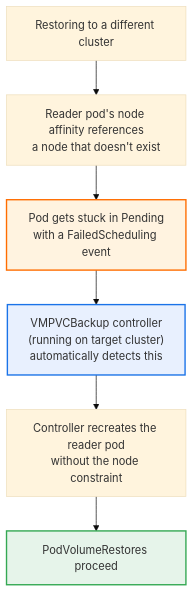
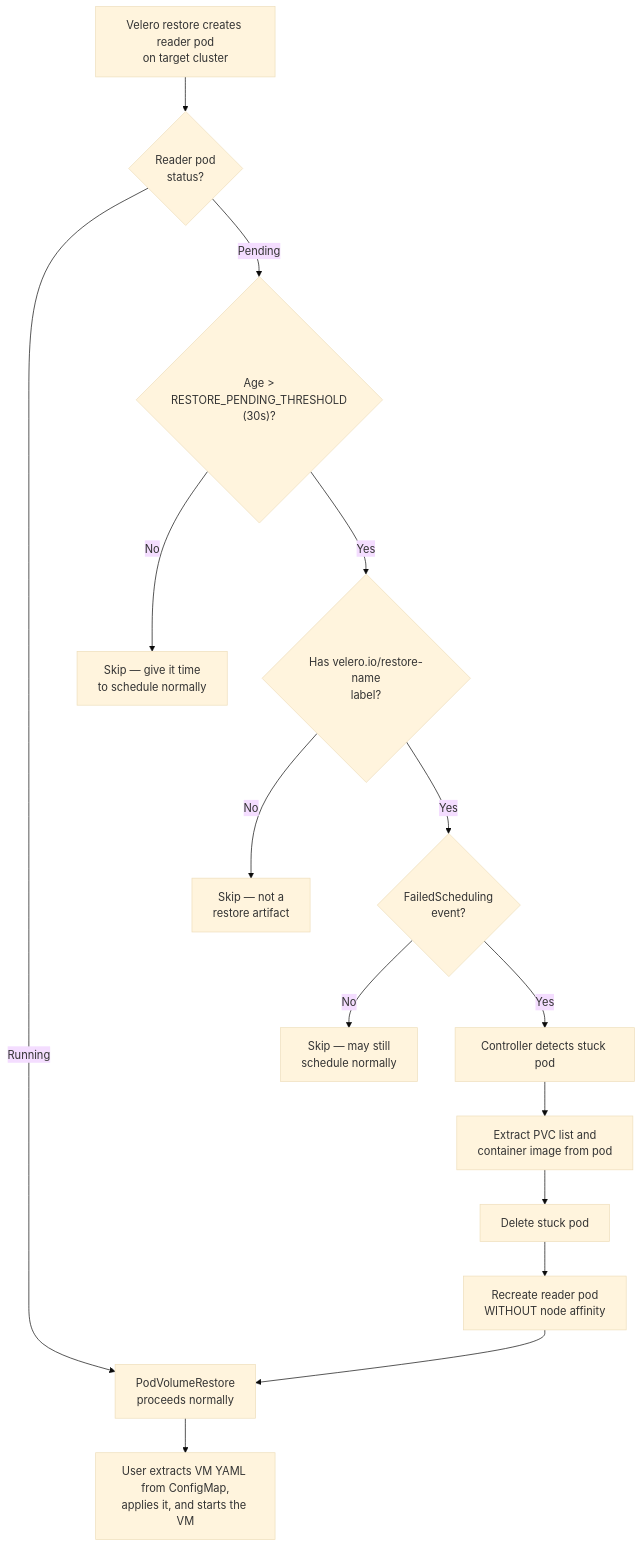
Before and after one commit to code-lover636/Kubevirt-VM-Backup: the fifth of 6 diagrams in docs/architecture.md, drawn with Mermaid (base theme). The commit also changed other lines of this file and 1 other file, not shown here.

Commit message:
Fix README to match actual controller code, improve architecture diagrams

````diff
--- a/docs/architecture.md
+++ b/docs/architecture.md
@@ -77,13 +119,20 @@
 ```mermaid
 flowchart TD
-    A["Restoring to a different cluster"] --> B
-    B["Reader pod's node affinity references<br/>a node that doesn't exist"] --> C
-    C["Pod gets stuck in Pending<br/>with a FailedScheduling event"] --> D
-    D["VMPVCBackup controller<br/>(running on target cluster)<br/>automatically detects this"] --> E
-    E["Controller recreates the reader pod<br/>without the node constraint"] --> F
-    F["PodVolumeRestores proceed"]
+    A["Velero restore creates reader pod<br/>on target cluster"] --> B{"Reader pod<br/>status?"}
 
-    style C fill:#fff3e0,stroke:#ff6d00,stroke-width:2px
-    style D fill:#e8f0fe,stroke:#1a73e8,stroke-width:2px
-    style F fill:#e6f4ea,stroke:#34a853,stroke-width:2px
+    B -->|Running| OK["PodVolumeRestore<br/>proceeds normally"]
+
+    B -->|Pending| C{"Age ><br/>RESTORE_PENDING_THRESHOLD<br/>(30s)?"}
+    C -->|No| WAIT["Skip — give it time<br/>to schedule normally"]
+    C -->|Yes| D{"Has velero.io/restore-name<br/>label?"}
+    D -->|No| SKIP1["Skip — not a<br/>restore artifact"]
+    D -->|Yes| E{"FailedScheduling<br/>event?"}
+    E -->|No| SKIP2["Skip — may still<br/>schedule normally"]
+    E -->|Yes| F["Controller detects stuck pod"]
+    F --> G["Extract PVC list and<br/>container image from pod"]
+    G --> H["Delete stuck pod"]
+    H --> I["Recreate reader pod<br/>WITHOUT node affinity"]
+    I --> OK
+
+    OK --> J["User extracts VM YAML from ConfigMap,<br/>applies it, and starts the VM"]
 ```
````
